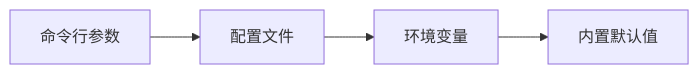
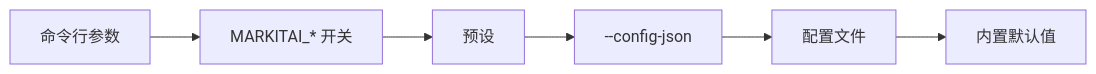
The first of 4 diagrams in website/zh/guide/configuration.md (Ynewtime/markitai), drawn with Mermaid before and after one commit. The commit also changed other lines of this file and 38 other files, not shown here.

````diff
--- a/website/zh/guide/configuration.md
+++ b/website/zh/guide/configuration.md
@@ -9,4 +9,4 @@
 ```mermaid
 flowchart LR
-  A[命令行参数] --> B[配置文件] --> C[环境变量] --> D[内置默认值]
+  A[命令行参数] --> B[MARKITAI_* 开关] --> P[预设] --> J["--config-json"] --> C[配置文件] --> D[内置默认值]
 ```
````
